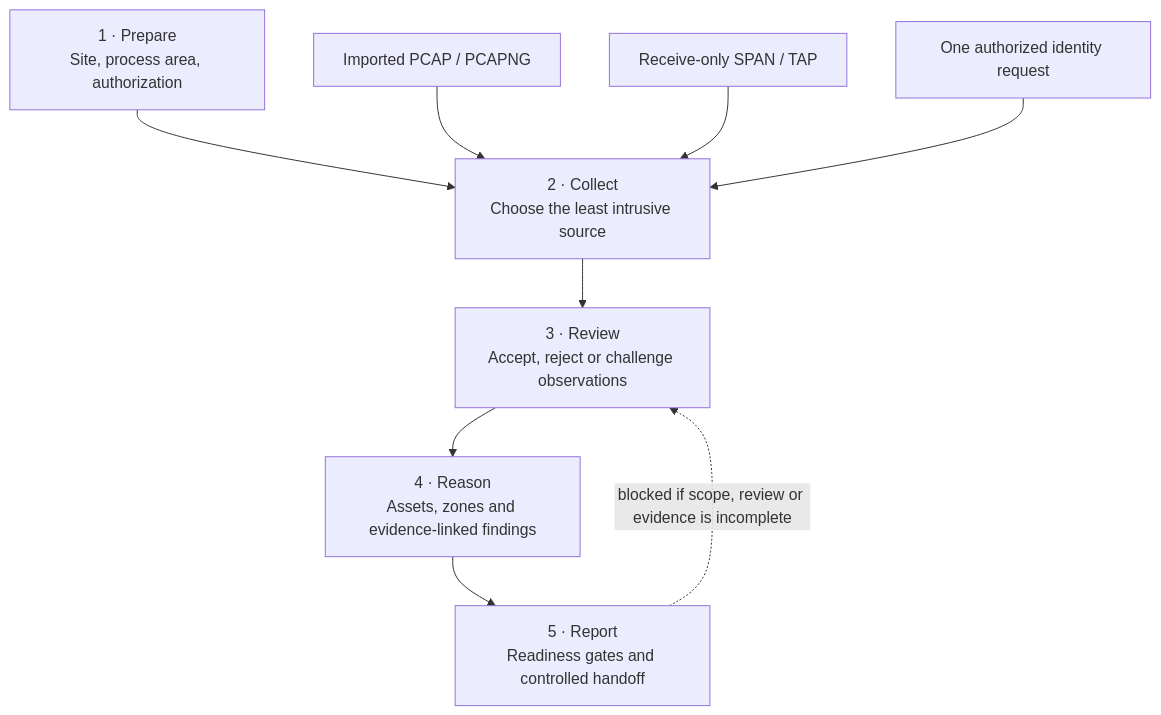
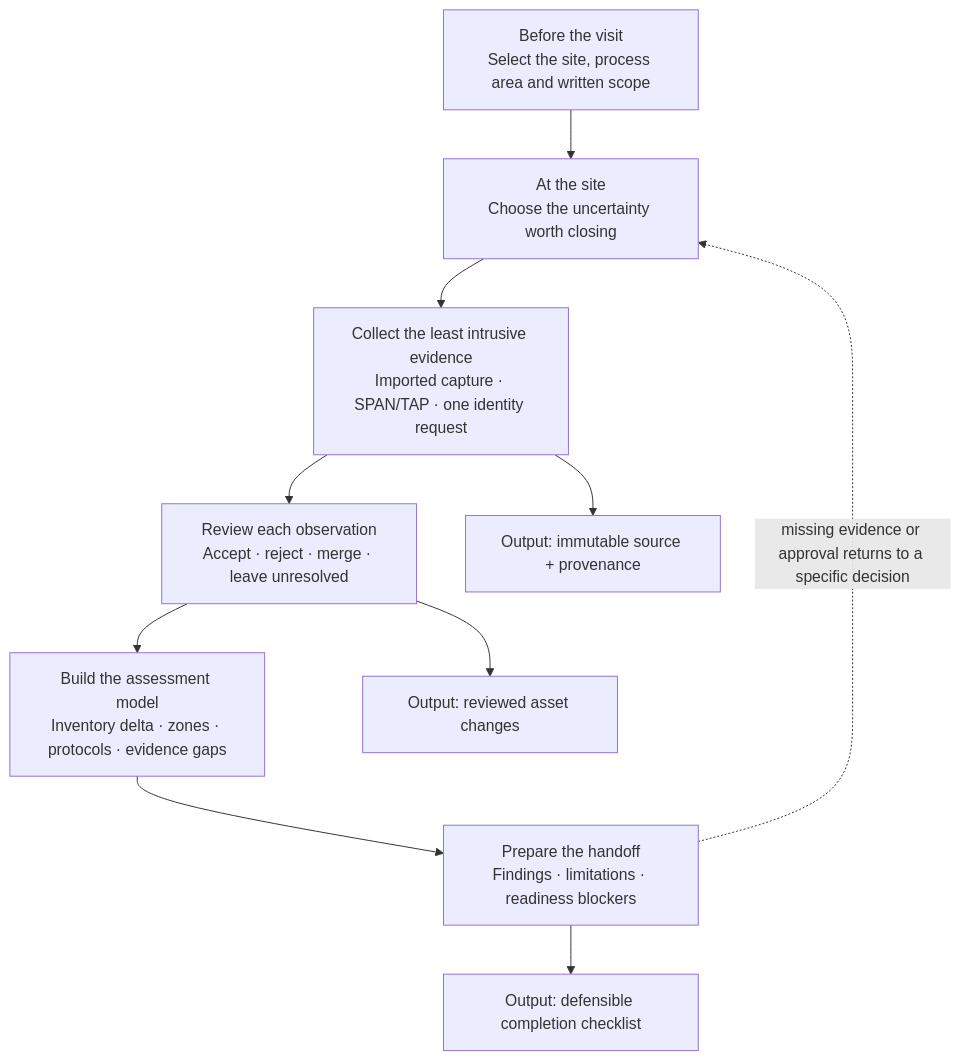
One commit to charifmahmoudi/mobile-ot-security-assessment changed the first of 3 diagrams in README.md. Above: the diagram before and after it, drawn with Mermaid. The commit also changed other lines of this file and 3 other files, not shown here.

````diff
--- a/README.md
+++ b/README.md
@@ -17,15 +31,16 @@
 ```mermaid
 flowchart TB
-  PREP["1 · Prepare<br/>Site, process area, authorization"]
-  COLLECT["2 · Collect<br/>Choose the least intrusive source"]
-  REVIEW["3 · Review<br/>Accept, reject or challenge observations"]
-  REASON["4 · Reason<br/>Assets, zones and evidence-linked findings"]
-  REPORT["5 · Report<br/>Readiness gates and controlled handoff"]
+  ARRIVE["Before the visit<br/>Select the site, process area and written scope"]
+  QUESTION["At the site<br/>Choose the uncertainty worth closing"]
+  EVIDENCE["Collect the least intrusive evidence<br/>Imported capture · SPAN/TAP · one identity request"]
+  DECIDE["Review each observation<br/>Accept · reject · merge · leave unresolved"]
+  MODEL["Build the assessment model<br/>Inventory delta · zones · protocols · evidence gaps"]
+  HANDOFF["Prepare the handoff<br/>Findings · limitations · readiness blockers"]
 
-  PREP --> COLLECT --> REVIEW --> REASON --> REPORT
-  REPORT -. "blocked if scope, review or evidence is incomplete" .-> REVIEW
+  ARRIVE --> QUESTION --> EVIDENCE --> DECIDE --> MODEL --> HANDOFF
+  HANDOFF -. "missing evidence or approval returns to a specific decision" .-> QUESTION
 
-  IMPORT["Imported PCAP / PCAPNG"] --> COLLECT
-  SPAN["Receive-only SPAN / TAP"] --> COLLECT
-  ACTIVE["One authorized identity request"] --> COLLECT
+  EVIDENCE --> OUT1["Output: immutable source + provenance"]
+  DECIDE --> OUT2["Output: reviewed asset changes"]
+  HANDOFF --> OUT3["Output: defensible completion checklist"]
 ```
````
